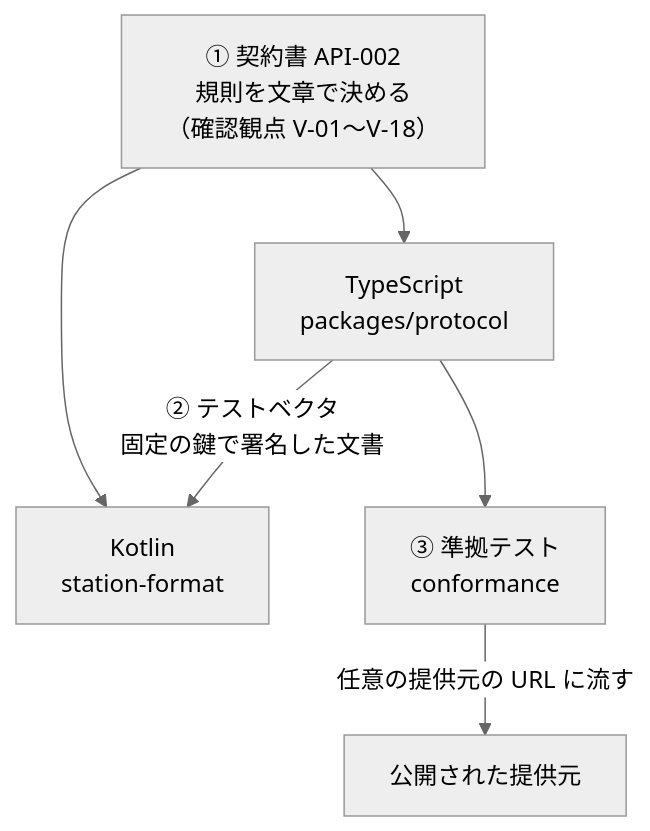
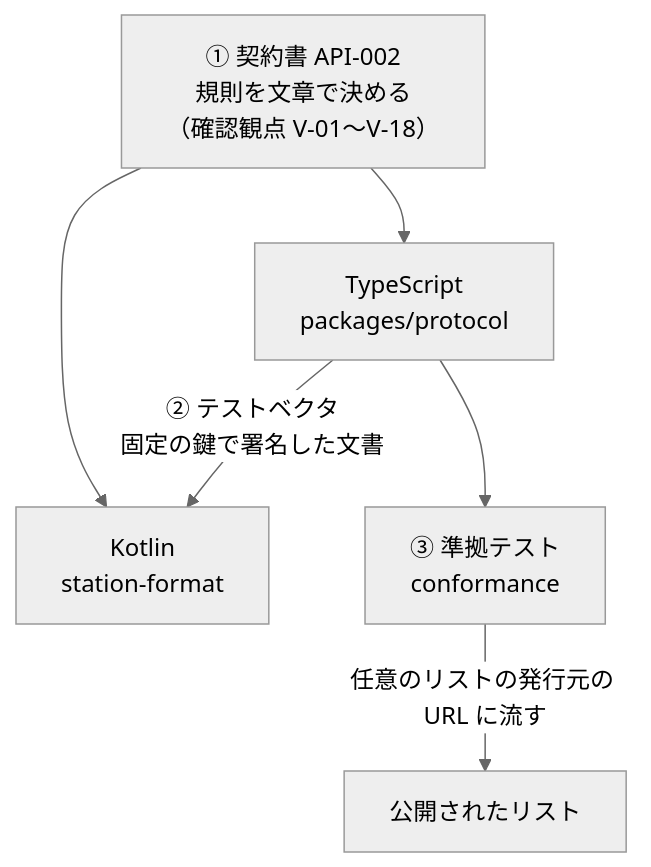
Before and after one commit to duwenji/yorisoi-tutorial: the diagram in 06-trust/06-same-rules.md, drawn with Mermaid (neutral theme). The commit also changed other lines of this file and 62 other files, not shown here.

````diff
--- a/06-trust/06-same-rules.md
+++ b/06-trust/06-same-rules.md
@@ -31,9 +31,9 @@
 ```mermaid
 flowchart TB
     C["① 契約書 API-002<br/>規則を文章で決める<br/>（確認観点 V-01〜V-18）"]
     C --> TS["TypeScript<br/>packages/protocol"]
     C --> KT["Kotlin<br/>station-format"]
     TS -->|"② テストベクタ<br/>固定の鍵で署名した文書"| KT
     TS --> CF["③ 準拠テスト<br/>conformance"]
-    CF -->|任意の提供元の URL に流す| ANY["公開された提供元"]
+    CF -->|任意のリストの発行元の URL に流す| ANY["公開されたリスト"]
 ```
````
